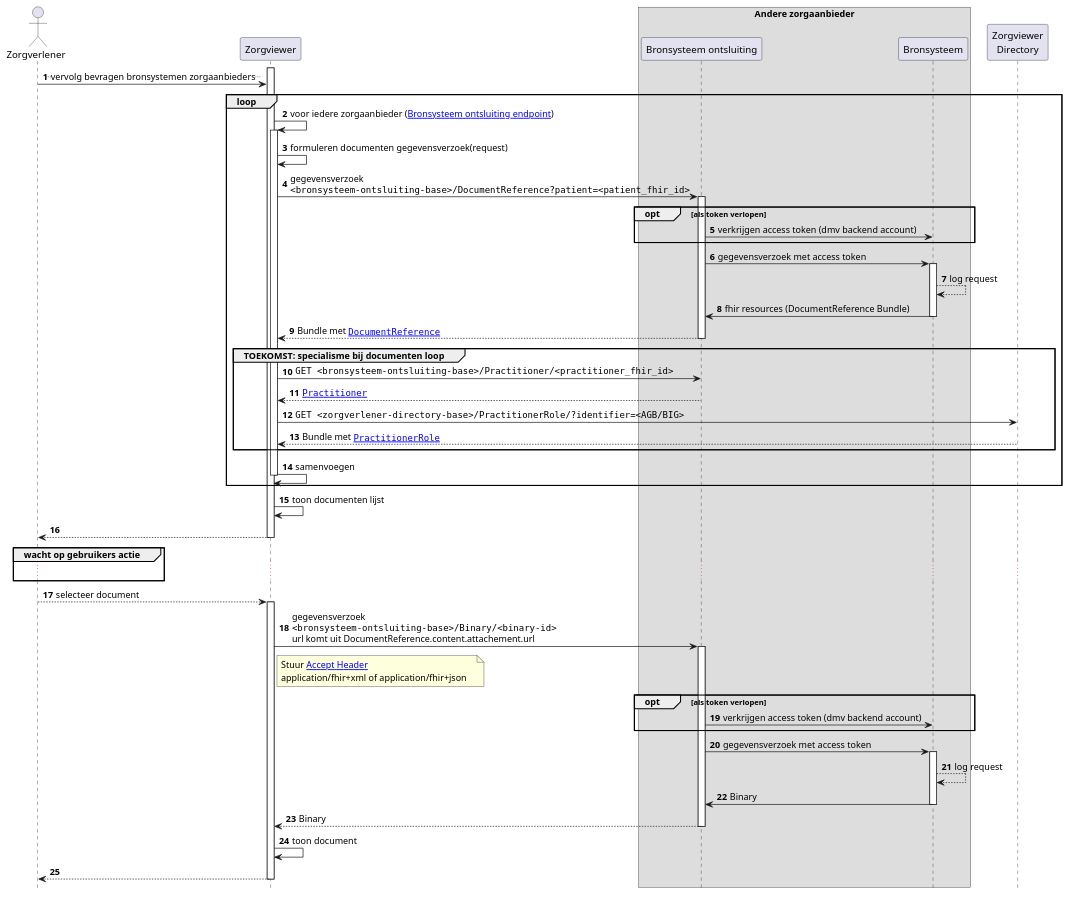
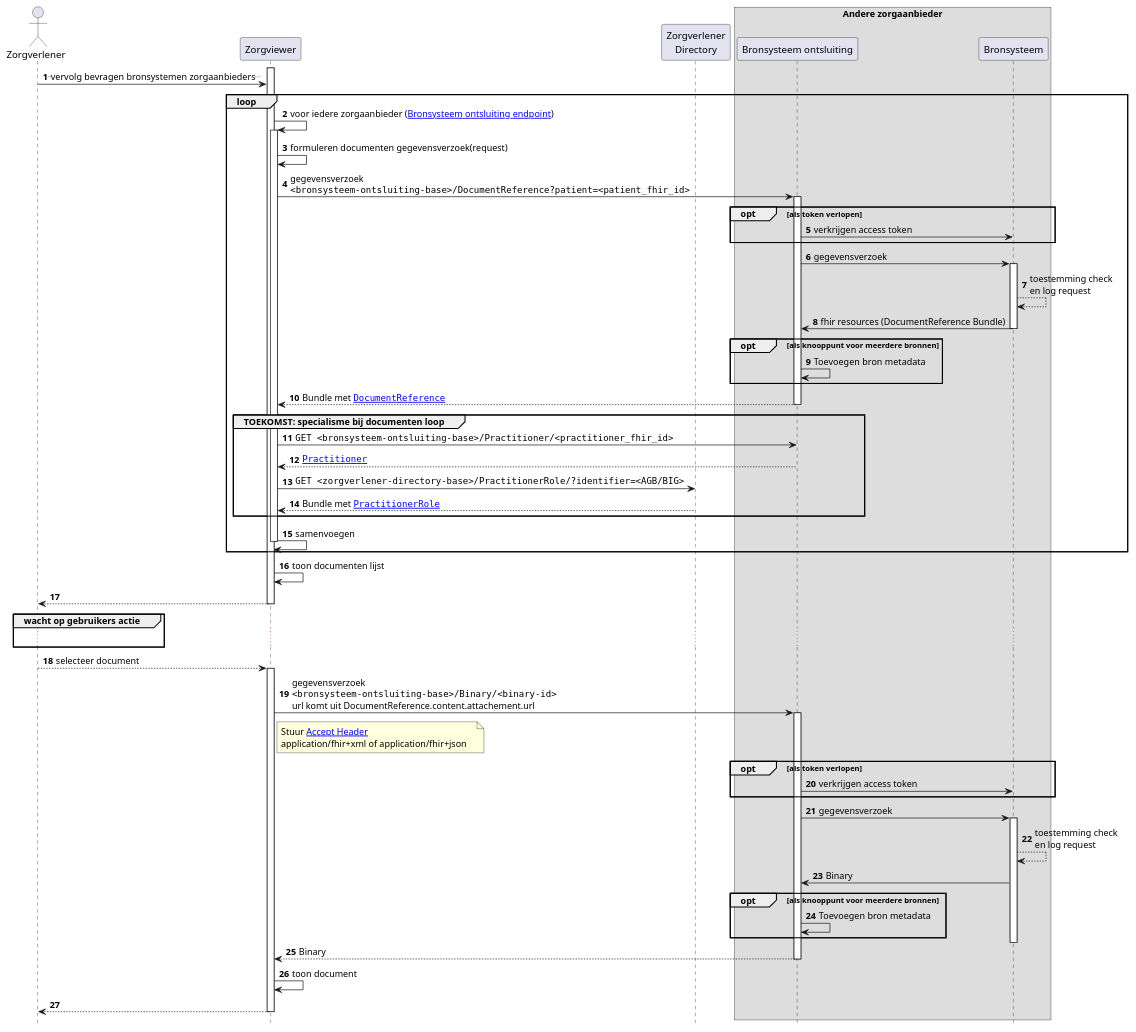
Before and after one commit to RIVO-Noord/zorgviewer-ig: the diagram in input/images-source/Zorgviewer-seq-4.plantuml, drawn with PlantUML. The commit also changed 5 other files, not shown here.

```diff
--- a/input/images-source/Zorgviewer-seq-4.plantuml
+++ b/input/images-source/Zorgviewer-seq-4.plantuml
@@ -1,68 +1,74 @@
 @startuml
 hide footbox
 autonumber
 
 actor Zorgverlener
 participant Zorgviewer
+participant "Zorgverlener\nDirectory" as zvdir
 box "Andere zorgaanbieder"
 participant "Bronsysteem ontsluiting" as Bron
 participant Bronsysteem
 end box
-participant "Zorgviewer\nDirectory" as zvdir
 
 activate Zorgviewer
 Zorgverlener->Zorgviewer: ..vervolg bevragen bronsystemen zorgaanbieders..
 loop
     Zorgviewer->Zorgviewer: voor iedere zorgaanbieder ([[Endpoint-UMCG.html Bronsysteem ontsluiting endpoint]])
     activate Zorgviewer
     Zorgviewer->Zorgviewer: formuleren documenten gegevensverzoek(request)
     Zorgviewer->Bron: gegevensverzoek\n""<bronsysteem-ontsluiting-base>/DocumentReference?patient=<patient_fhir_id>""
     activate Bron
     opt als token verlopen
-        Bron->Bronsysteem : verkrijgen access token (dmv backend account)
+        Bron->Bronsysteem : verkrijgen access token
     end opt
-    Bron->Bronsysteem : gegevensverzoek met access token
+    Bron->Bronsysteem : gegevensverzoek
     activate Bronsysteem
-    Bronsysteem-->Bronsysteem: log request
+    Bronsysteem-->Bronsysteem: toestemming check\nen log request
     Bronsysteem->Bron: fhir resources (DocumentReference Bundle)
     deactivate Bronsysteem
+    opt als knooppunt voor meerdere bronnen
+      Bron->Bron: Toevoegen bron metadata
+    end opt
     Bron-->Zorgviewer: Bundle met ""[[StructureDefinition-DocumentReference.html DocumentReference]]""
     deactivate Bron
     group **TOEKOMST**: specialisme bij documenten loop
         Zorgviewer->Bron: ""GET <bronsysteem-ontsluiting-base>/Practitioner/<practitioner_fhir_id>""
         Bron-->Zorgviewer: ""[[StructureDefinition-Practitioner.html Practitioner]]""
         Zorgviewer->zvdir: ""GET <zorgverlener-directory-base>/PractitionerRole/?identifier=<AGB/BIG>""
         zvdir-->Zorgviewer: Bundle met ""[[StructureDefinition-PractitionerRole.html PractitionerRole]]""
     end
     Zorgviewer->Zorgviewer: samenvoegen
     deactivate Zorgviewer
 end
 Zorgviewer->Zorgviewer: toon documenten lijst
 Zorgviewer-->Zorgverlener
 deactivate Zorgviewer
 group wacht op gebruikers actie
 ...
 end
 Zorgverlener-->Zorgviewer: selecteer document
 activate Zorgviewer
 Zorgviewer->Bron: gegevensverzoek\n""<bronsysteem-ontsluiting-base>/Binary/<binary-id>""\nurl komt uit DocumentReference.content.attachement.url
 note right Zorgviewer
     Stuur [[http://hl7.org/fhir/STU3/binary.html#rest Accept Header]]
     application/fhir+xml of application/fhir+json   
 end note
 activate Bron
 opt als token verlopen
-    Bron->Bronsysteem : verkrijgen access token (dmv backend account)
+    Bron->Bronsysteem : verkrijgen access token
 end opt
-Bron->Bronsysteem : gegevensverzoek met access token
+Bron->Bronsysteem : gegevensverzoek
 activate Bronsysteem
-Bronsysteem-->Bronsysteem: log request
+Bronsysteem-->Bronsysteem: toestemming check\nen log request
 Bronsysteem->Bron: Binary
+opt als knooppunt voor meerdere bronnen
+    Bron->Bron: Toevoegen bron metadata
+end opt
 deactivate Bronsysteem
 Bron-->Zorgviewer: Binary
 deactivate Bron
 Zorgviewer->Zorgviewer: toon document
 Zorgviewer-->Zorgverlener
 deactivate Zorgviewer
 
 @enduml
```
